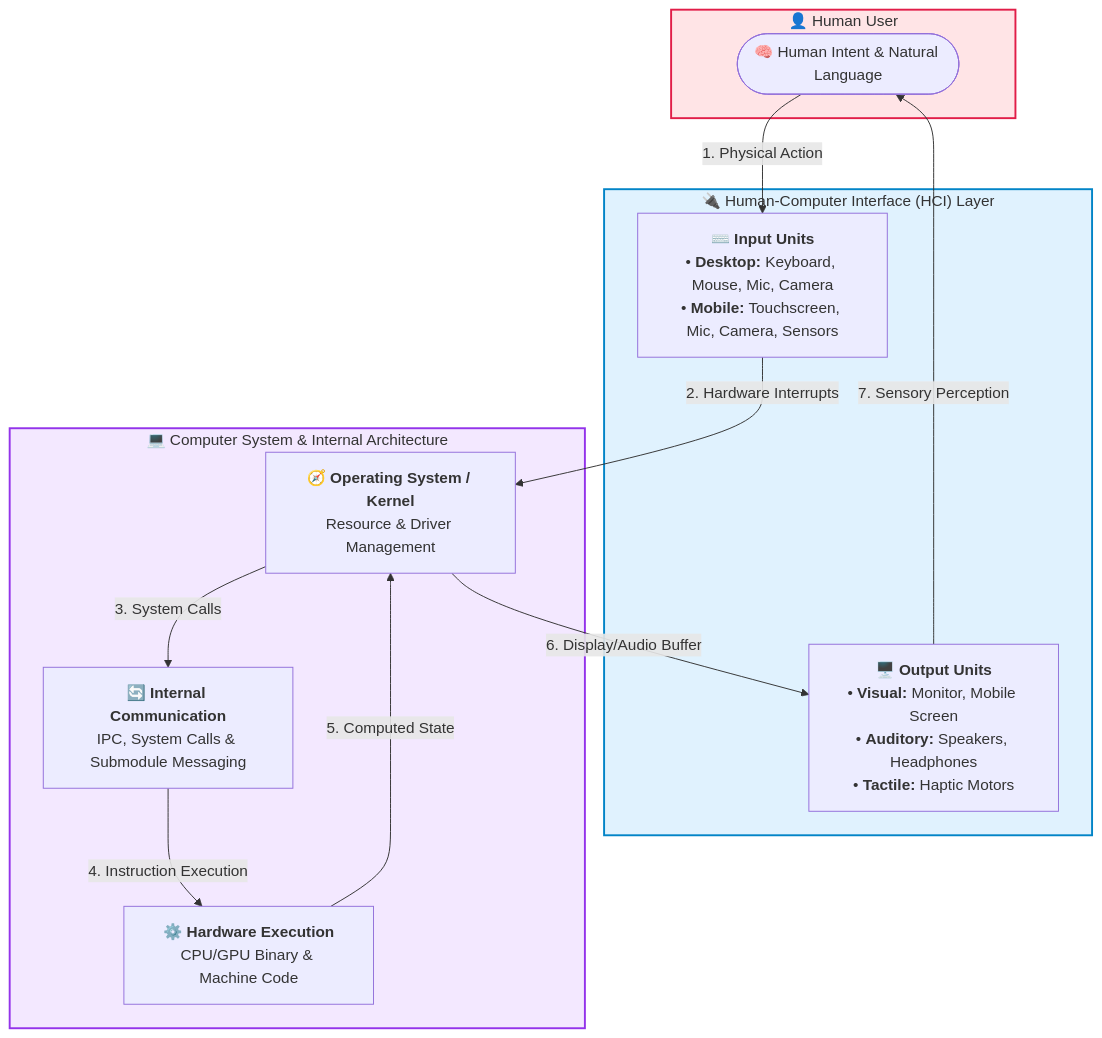
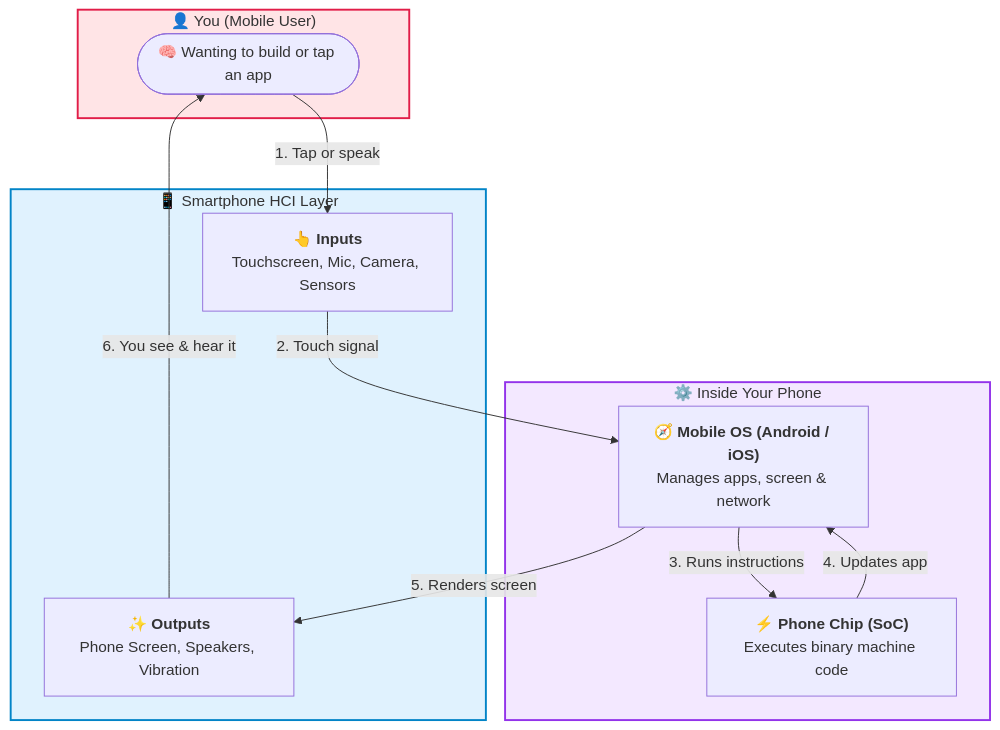
The first of 7 diagrams in BLUEPRINT.md (Mcc-Mak/kenya-digitalhub-ai-web-dev), drawn with Mermaid before and after one commit. The commit also changed other lines of this file, not shown here.

````diff
--- a/BLUEPRINT.md
+++ b/BLUEPRINT.md
@@ -12,31 +12,28 @@
 ```mermaid
 flowchart TD
-    subgraph Human ["👤 Human User"]
-        H_Intent(["🧠 Human Intent & Natural Language"])
+    subgraph You ["👤 You (Mobile User)"]
+        Intent(["🧠 Wanting to build or tap an app"])
     end
 
-    subgraph HCI ["🔌 Human-Computer Interface (HCI) Layer"]
-        InputDev["⌨️ <b>Input Units</b><br/>• <b>Desktop:</b> Keyboard, Mouse, Mic, Camera<br/>• <b>Mobile:</b> Touchscreen, Mic, Camera, Sensors"]
-        OutputDev["🖥️ <b>Output Units</b><br/>• <b>Visual:</b> Monitor, Mobile Screen<br/>• <b>Auditory:</b> Speakers, Headphones<br/>• <b>Tactile:</b> Haptic Motors"]
+    subgraph HCI ["📱 Smartphone HCI Layer"]
+        Input["👆 <b>Inputs</b><br/>Touchscreen, Mic, Camera, Sensors"]
+        Output["✨ <b>Outputs</b><br/>Phone Screen, Speakers, Vibration"]
     end
 
-    subgraph Computer ["💻 Computer System & Internal Architecture"]
-        OS["🧭 <b>Operating System / Kernel</b><br/>Resource & Driver Management"]
-        IPC["🔄 <b>Internal Communication</b><br/>IPC, System Calls & Submodule Messaging"]
-        MachineCode["⚙️ <b>Hardware Execution</b><br/>CPU/GPU Binary & Machine Code"]
+    subgraph Inside ["⚙️ Inside Your Phone"]
+        OS["🧭 <b>Mobile OS (Android / iOS)</b><br/>Manages apps, screen & network"]
+        Chip["⚡ <b>Phone Chip (SoC)</b><br/>Executes binary machine code"]
     end
 
-    H_Intent -->|"1. Physical Action"| InputDev
-    InputDev -->|"2. Hardware Interrupts"| OS
-    OS -->|"3. System Calls"| IPC
-    IPC -->|"4. Instruction Execution"| MachineCode
-    MachineCode -->|"5. Computed State"| OS
-    OS -->|"6. Display/Audio Buffer"| OutputDev
-    OutputDev -->|"7. Sensory Perception"| H_Intent
+    Intent -->|"1. Tap or speak"| Input
+    Input -->|"2. Touch signal"| OS
+    OS -->|"3. Runs instructions"| Chip
+    Chip -->|"4. Updates app"| OS
+    OS -->|"5. Renders screen"| Output
+    Output -->|"6. You see & hear it"| Intent
 
-    style Human fill:#ffe4e6,stroke:#e11d48,stroke-width:2px
+    style You fill:#ffe4e6,stroke:#e11d48,stroke-width:2px
     style HCI fill:#e0f2fe,stroke:#0284c7,stroke-width:2px
-    style Computer fill:#f3e8ff,stroke:#9333ea,stroke-width:2px
-
+    style Inside fill:#f3e8ff,stroke:#9333ea,stroke-width:2px
 
 ```
````
